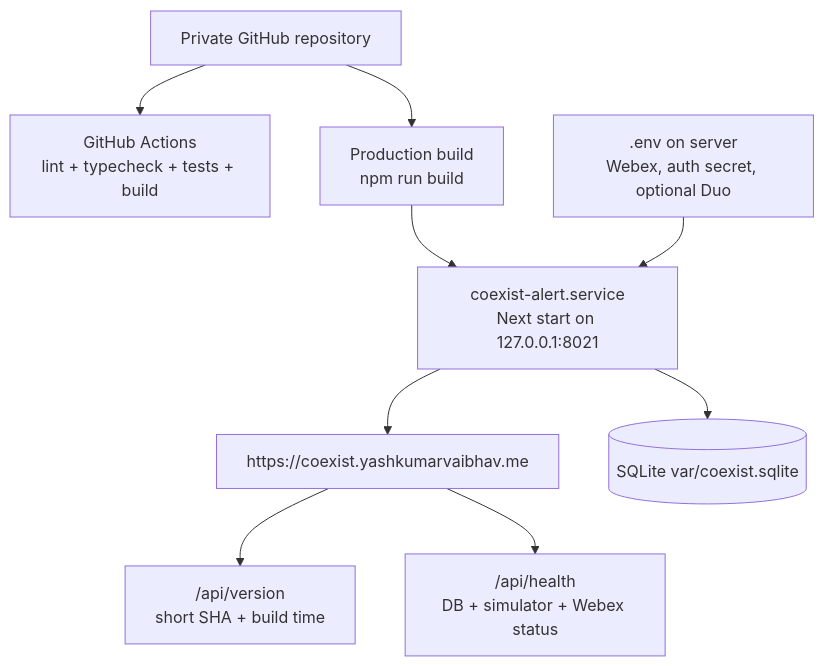
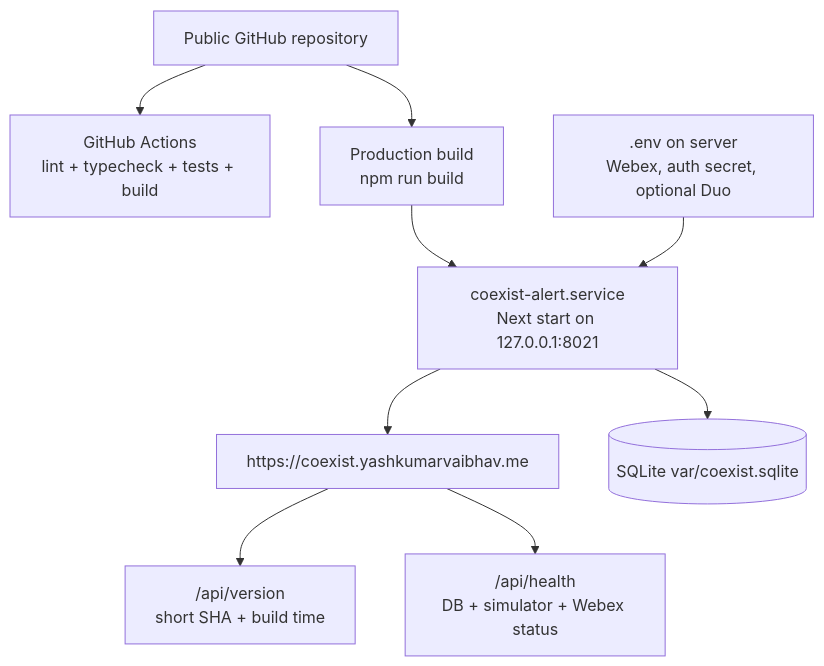
One commit to yashkumarvaibhav/CoExist-Alert changed the fourth of 4 diagrams in docs/architecture.md. Above: the diagram before and after it, drawn with Mermaid. The commit also changed 6 other files, not shown here.

````diff
--- a/docs/architecture.md
+++ b/docs/architecture.md
@@ -109,21 +109,21 @@
 ```mermaid
 flowchart TB
-  Repo["Private GitHub repository"]
+  Repo["Public GitHub repository"]
   CI["GitHub Actions\nlint + typecheck + tests + build"]
   Build["Production build\nnpm run build"]
   Service["coexist-alert.service\nNext start on 127.0.0.1:8021"]
   Public["https://coexist.yashkumarvaibhav.me"]
   Version["/api/version\nshort SHA + build time"]
   Health["/api/health\nDB + simulator + Webex status"]
   Env[".env on server\nWebex, auth secret, optional Duo"]
   DB[("SQLite var/coexist.sqlite")]
 
   Repo --> CI
   Repo --> Build
   Build --> Service
   Env --> Service
   Service --> DB
   Service --> Public
   Public --> Version
   Public --> Health
 ```
````
